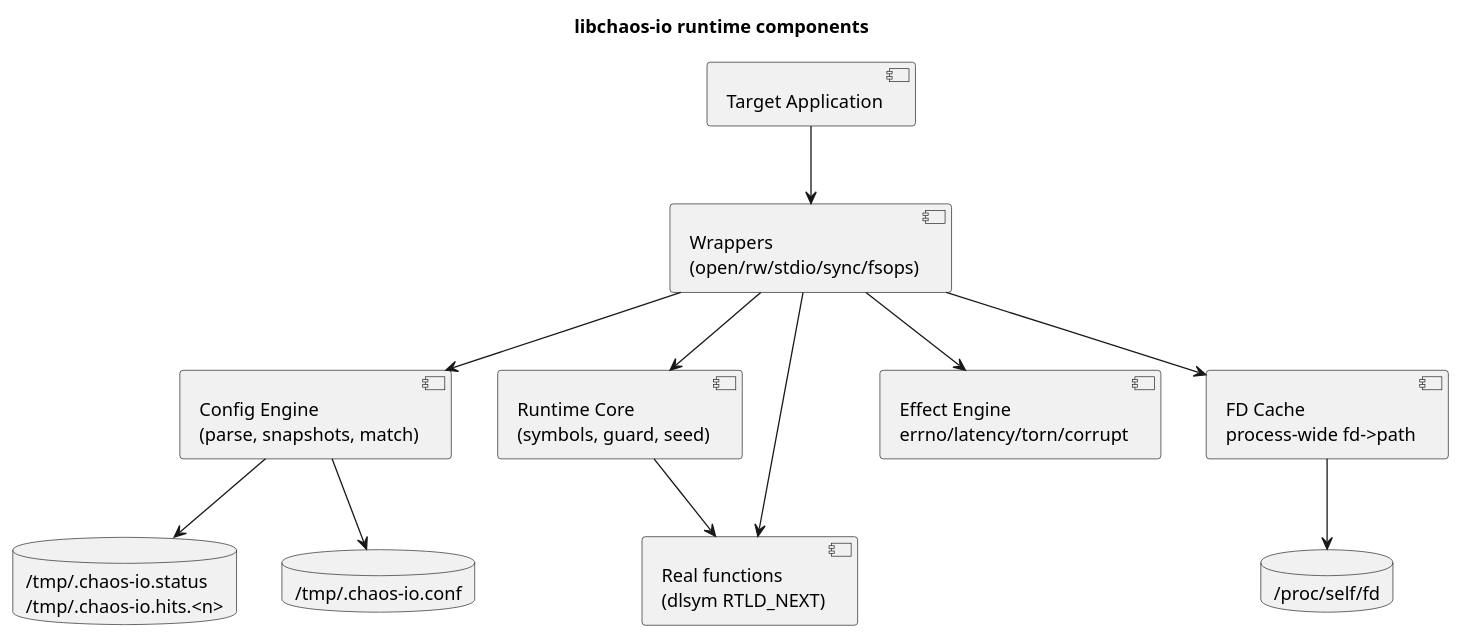
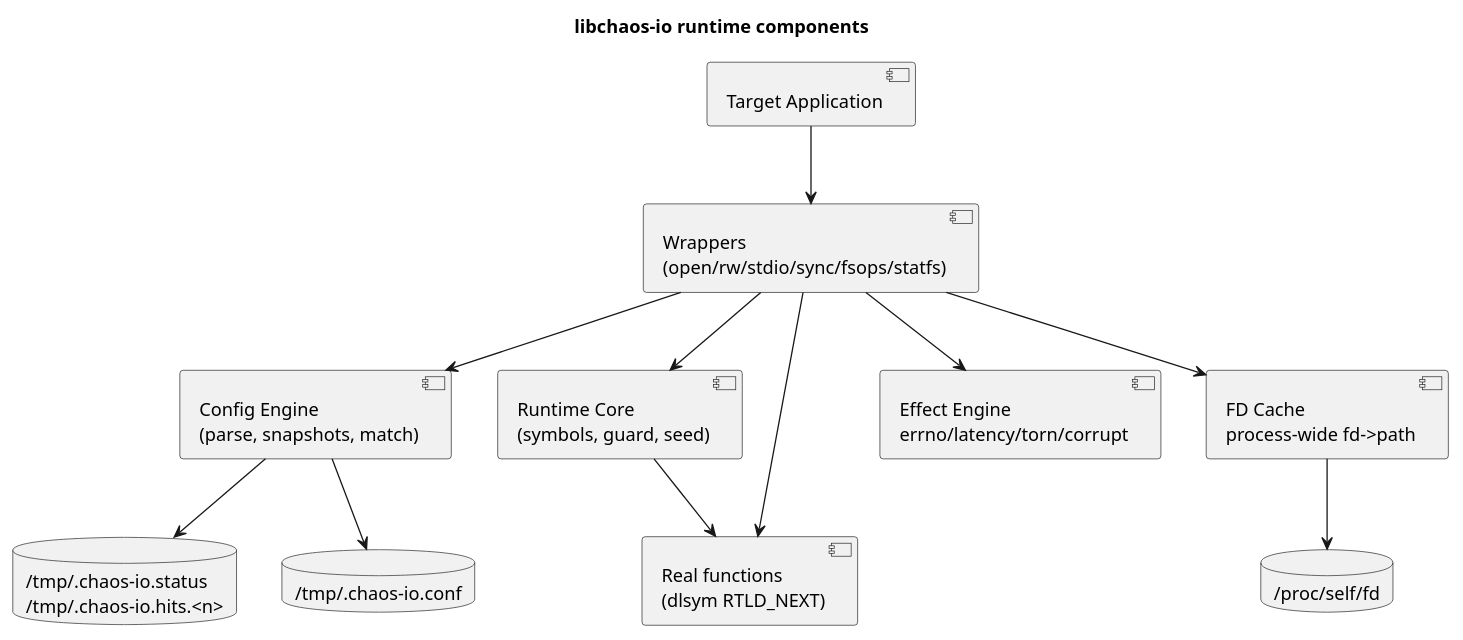
Before and after one commit to macstab/macstab-chaos-testing-libraries: the first of 4 diagrams in docs/IO.md, drawn with PlantUML. The commit also changed other lines of this file and 21 other files, not shown here.

````diff
--- a/docs/IO.md
+++ b/docs/IO.md
@@ -392,27 +396,27 @@
 ```plantuml
 @startuml
 title libchaos-io runtime components
 
 component "Target Application" as App
-component "Wrappers\n(open/rw/stdio/sync/fsops)" as Wrappers
+component "Wrappers\n(open/rw/stdio/sync/fsops/statfs)" as Wrappers
 component "Runtime Core\n(symbols, guard, seed)" as Core
 component "Config Engine\n(parse, snapshots, match)" as Config
 component "FD Cache\nprocess-wide fd->path" as Cache
 component "Effect Engine\nerrno/latency/torn/corrupt" as Effects
 component "Real functions\n(dlsym RTLD_NEXT)" as Libc
 database "/tmp/.chaos-io.conf" as ConfigFile
 database "/tmp/.chaos-io.status\n/tmp/.chaos-io.hits.<n>" as Reports
 database "/proc/self/fd" as ProcFd
 
 App --> Wrappers
 Wrappers --> Core
 Wrappers --> Config
 Wrappers --> Cache
 Wrappers --> Effects
 Wrappers --> Libc
 Config --> ConfigFile
 Config --> Reports
 Cache --> ProcFd
 Core --> Libc
 @enduml
 ```
````
